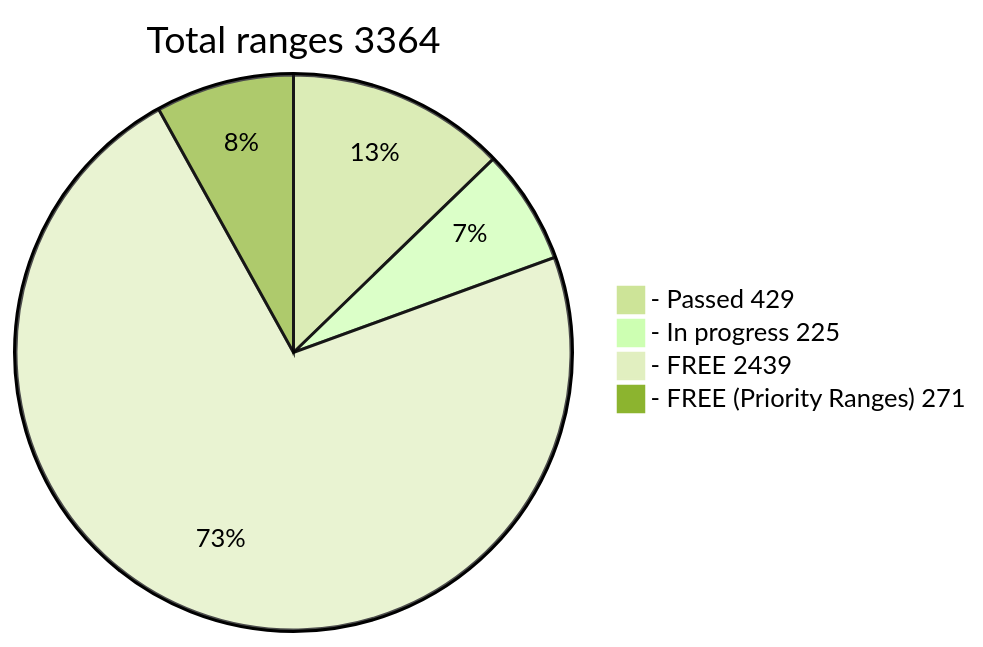
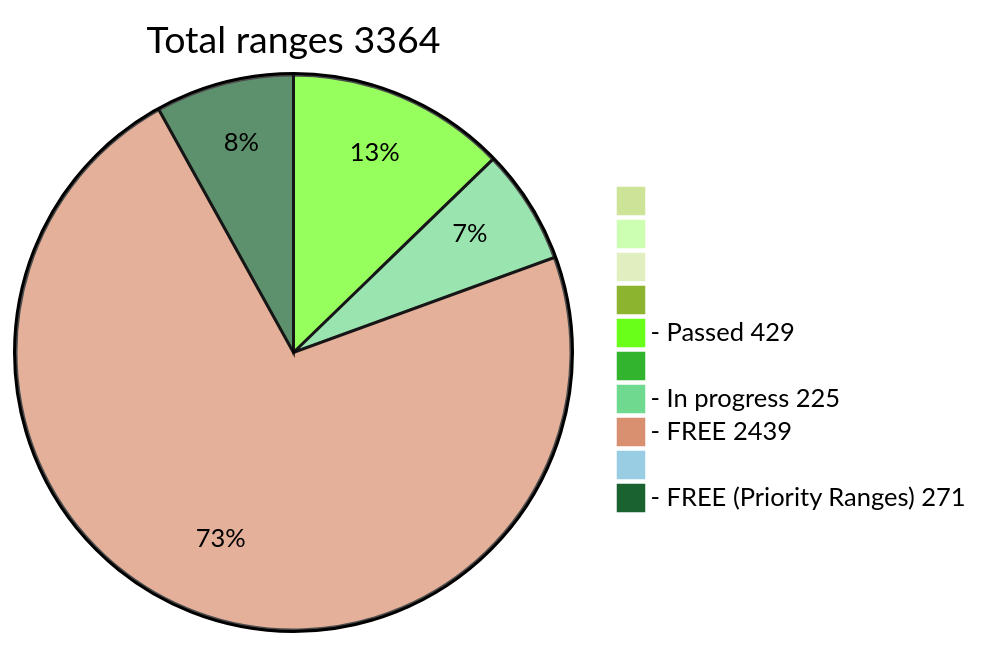
The diagram in README.md (phrutis/wif500), drawn with Mermaid (forest theme) before and after one commit.

````diff
--- a/README.md
+++ b/README.md
@@ -16,7 +16,13 @@
 ```mermaid
 pie title Total ranges 3364
+             " " : 0
+            "  " : 0
+           "   " : 0
+          "    " : 0
   "- Passed 429" : 429
+         "     " : 0
   "- In progress 225" : 225
-  "- FREE 2439" : 2439
+   "- FREE 2439" : 2439
+        "      " : 0
   "- FREE (Priority Ranges) 271" : 271
 ```
````
